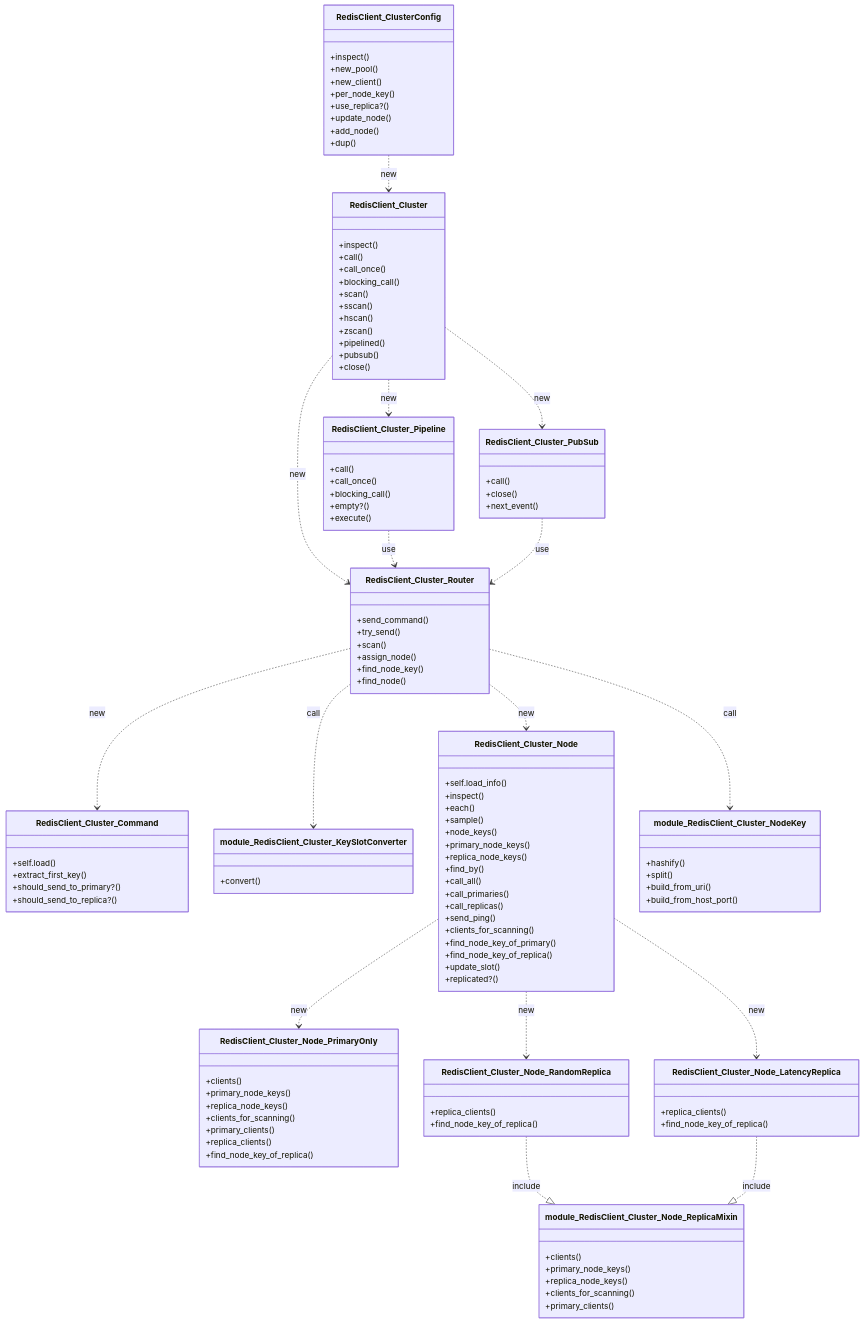
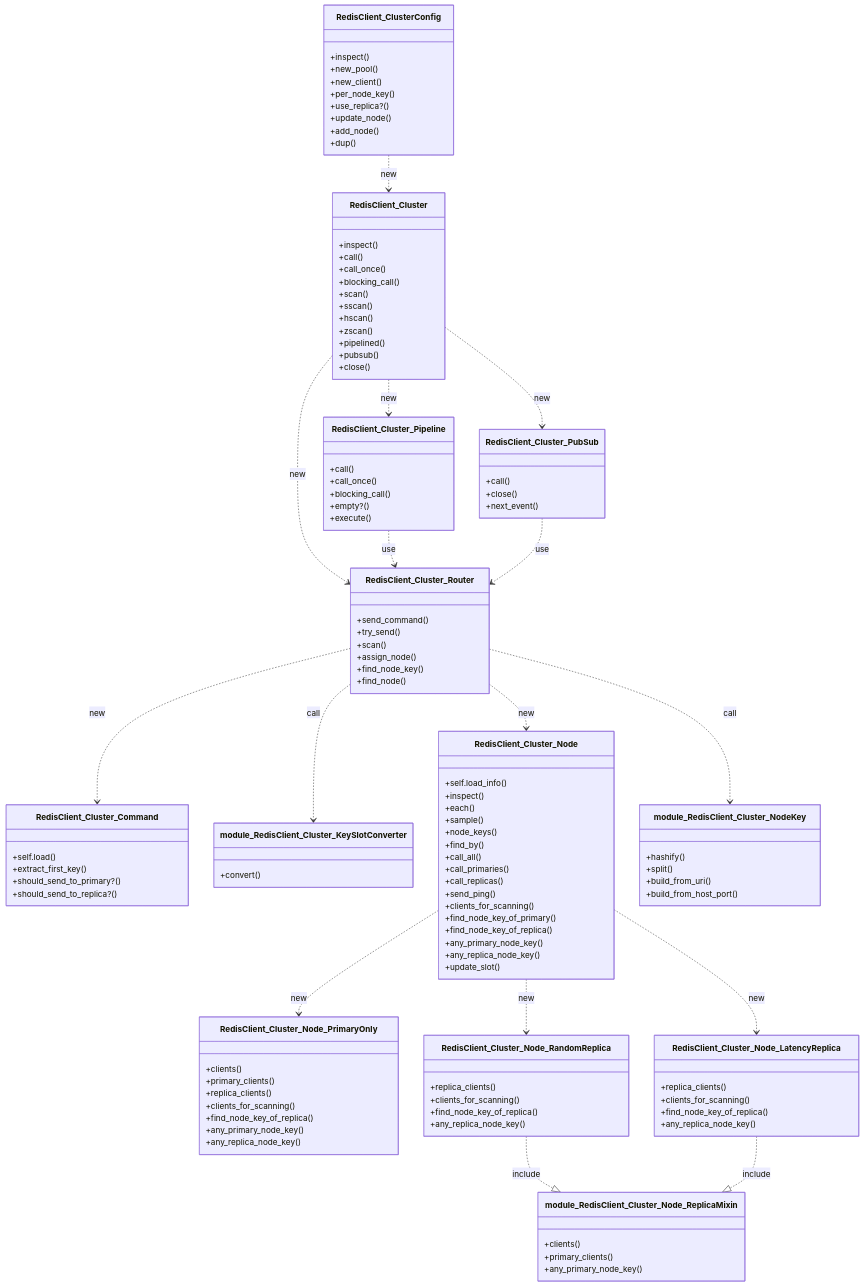
Before and after one commit to redis-rb/redis-cluster-client: the diagram in docs/class_diagrams_redis_cluster_client.md, drawn with Mermaid. The commit also changed 9 other files, not shown here.

```diff
--- a/docs/class_diagrams_redis_cluster_client.md
+++ b/docs/class_diagrams_redis_cluster_client.md
@@ -44,8 +44,6 @@
     +each()
     +sample()
     +node_keys()
-    +primary_node_keys()
-    +replica_node_keys()
     +find_by()
     +call_all()
     +call_primaries()
@@ -54,36 +52,39 @@
     +clients_for_scanning()
     +find_node_key_of_primary()
     +find_node_key_of_replica()
+    +any_primary_node_key()
+    +any_replica_node_key()
     +update_slot()
-    +replicated?()
   }
 
   class RedisClient_Cluster_Node_PrimaryOnly {
     +clients()
-    +primary_node_keys()
-    +replica_node_keys()
-    +clients_for_scanning()
     +primary_clients()
     +replica_clients()
+    +clients_for_scanning()
     +find_node_key_of_replica()
+    +any_primary_node_key()
+    +any_replica_node_key()
   }
 
   class RedisClient_Cluster_Node_RandomReplica {
     +replica_clients()
+    +clients_for_scanning()
     +find_node_key_of_replica()
+    +any_replica_node_key()
   }
 
   class RedisClient_Cluster_Node_LatencyReplica {
     +replica_clients()
+    +clients_for_scanning()
     +find_node_key_of_replica()
+    +any_replica_node_key()
   }
 
   class module_RedisClient_Cluster_Node_ReplicaMixin {
     +clients()
-    +primary_node_keys()
-    +replica_node_keys()
-    +clients_for_scanning()
     +primary_clients()
+    +any_primary_node_key()
   }
 
   class module_RedisClient_Cluster_NodeKey {
```
